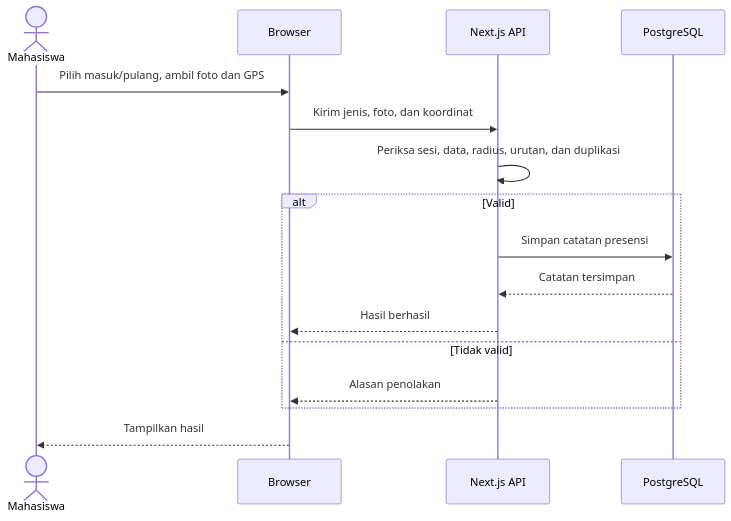
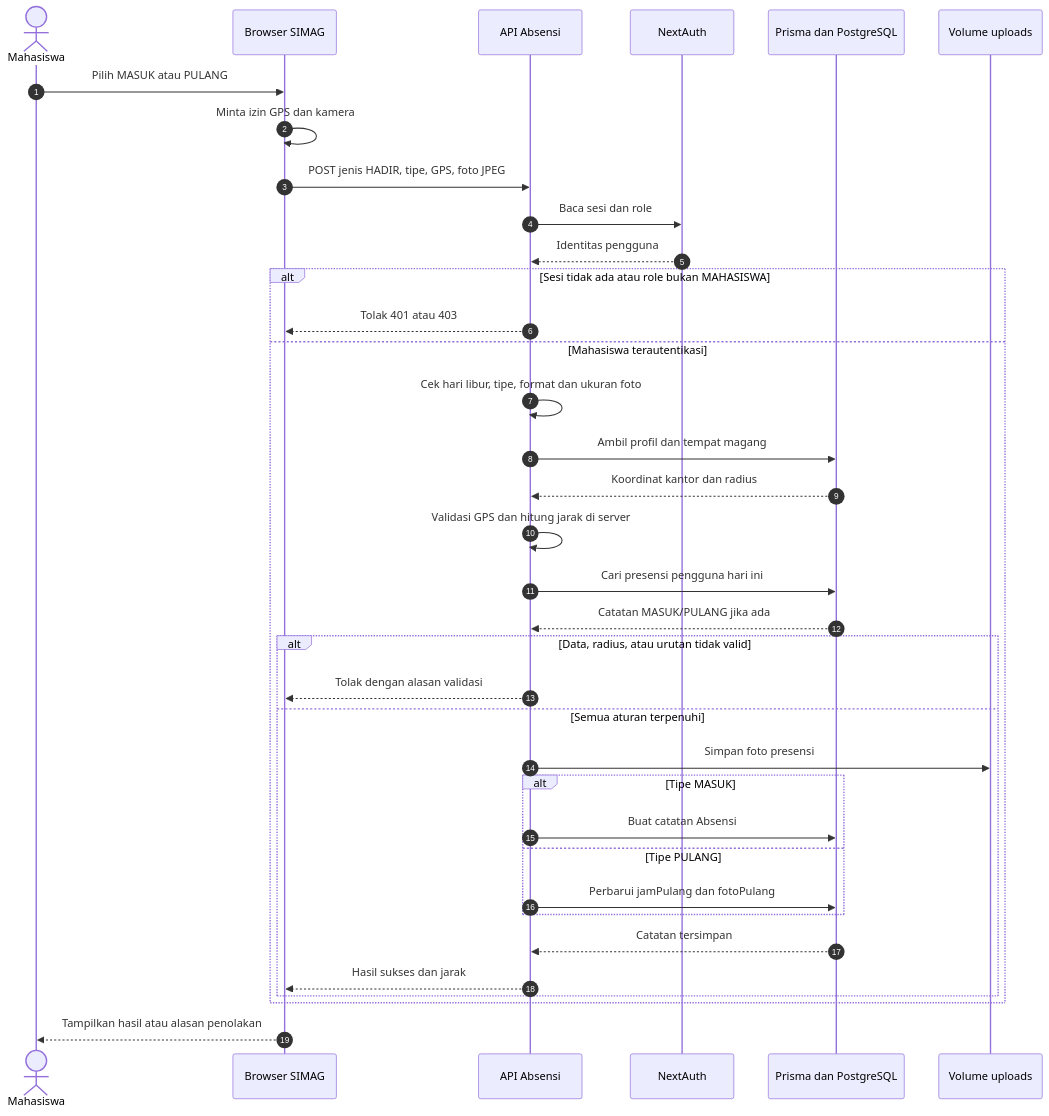
The third of 7 diagrams in README.md (Heat4Cliff/simag-bmkg-web), drawn with Mermaid before and after one commit. The commit also changed other lines of this file, not shown here.

Commit message:
docs: perkaya diagram README final project SIMAG

````diff
--- a/README.md
+++ b/README.md
@@ -45,18 +111,38 @@
 ```mermaid
 sequenceDiagram
-    actor Mahasiswa
-    participant Browser
-    participant API as Next.js API
-    participant DB as PostgreSQL
-    Mahasiswa->>Browser: Pilih masuk/pulang, ambil foto dan GPS
-    Browser->>API: Kirim jenis, foto, dan koordinat
-    API->>API: Periksa sesi, data, radius, urutan, dan duplikasi
-    alt Valid
-        API->>DB: Simpan catatan presensi
-        DB-->>API: Catatan tersimpan
-        API-->>Browser: Hasil berhasil
-    else Tidak valid
-        API-->>Browser: Alasan penolakan
+    autonumber
+    actor M as Mahasiswa
+    participant UI as Browser SIMAG
+    participant API as API Absensi
+    participant Auth as NextAuth
+    participant DB as Prisma dan PostgreSQL
+    participant FS as Volume uploads
+    M->>UI: Pilih MASUK atau PULANG
+    UI->>UI: Minta izin GPS dan kamera
+    UI->>API: POST jenis HADIR, tipe, GPS, foto JPEG
+    API->>Auth: Baca sesi dan role
+    Auth-->>API: Identitas pengguna
+    alt Sesi tidak ada atau role bukan MAHASISWA
+        API-->>UI: Tolak 401 atau 403
+    else Mahasiswa terautentikasi
+        API->>API: Cek hari libur, tipe, format dan ukuran foto
+        API->>DB: Ambil profil dan tempat magang
+        DB-->>API: Koordinat kantor dan radius
+        API->>API: Validasi GPS dan hitung jarak di server
+        API->>DB: Cari presensi pengguna hari ini
+        DB-->>API: Catatan MASUK/PULANG jika ada
+        alt Data, radius, atau urutan tidak valid
+            API-->>UI: Tolak dengan alasan validasi
+        else Semua aturan terpenuhi
+            API->>FS: Simpan foto presensi
+            alt Tipe MASUK
+                API->>DB: Buat catatan Absensi
+            else Tipe PULANG
+                API->>DB: Perbarui jamPulang dan fotoPulang
+            end
+            DB-->>API: Catatan tersimpan
+            API-->>UI: Hasil sukses dan jarak
+        end
     end
-    Browser-->>Mahasiswa: Tampilkan hasil
+    UI-->>M: Tampilkan hasil atau alasan penolakan
 ```
````
